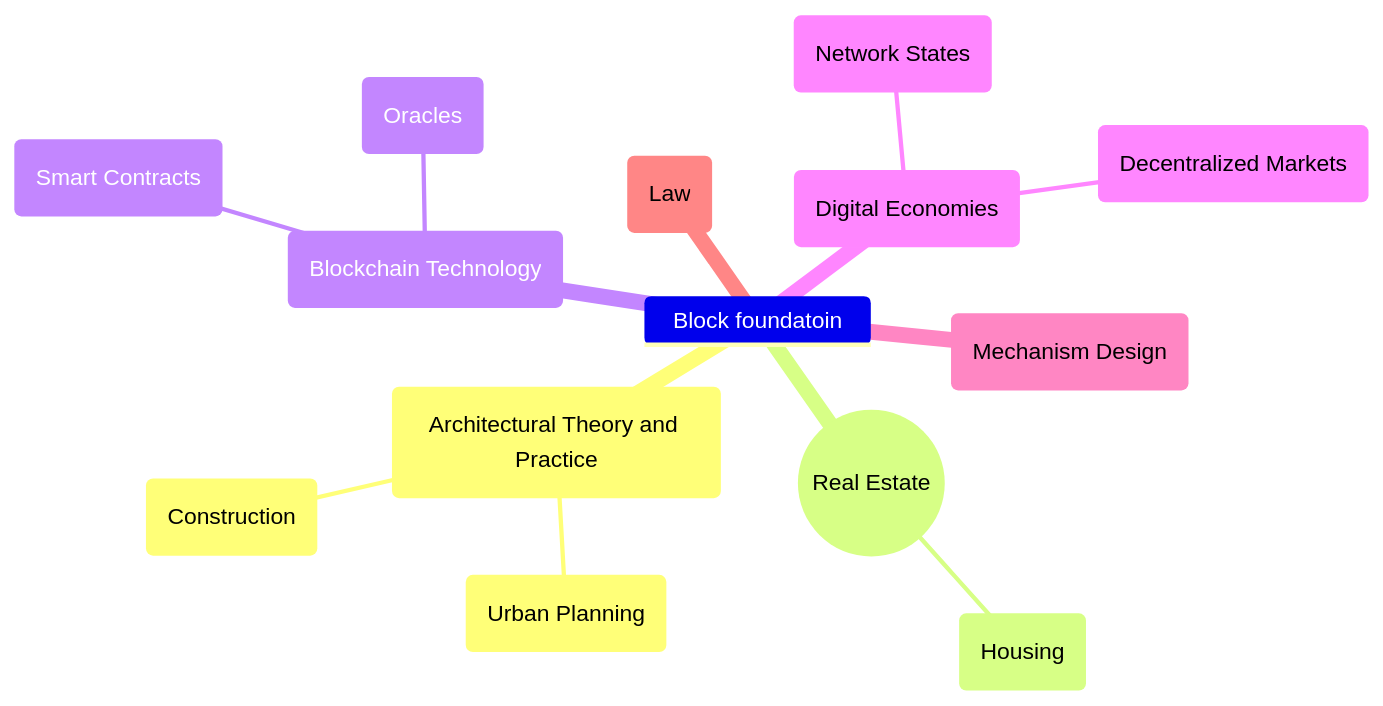
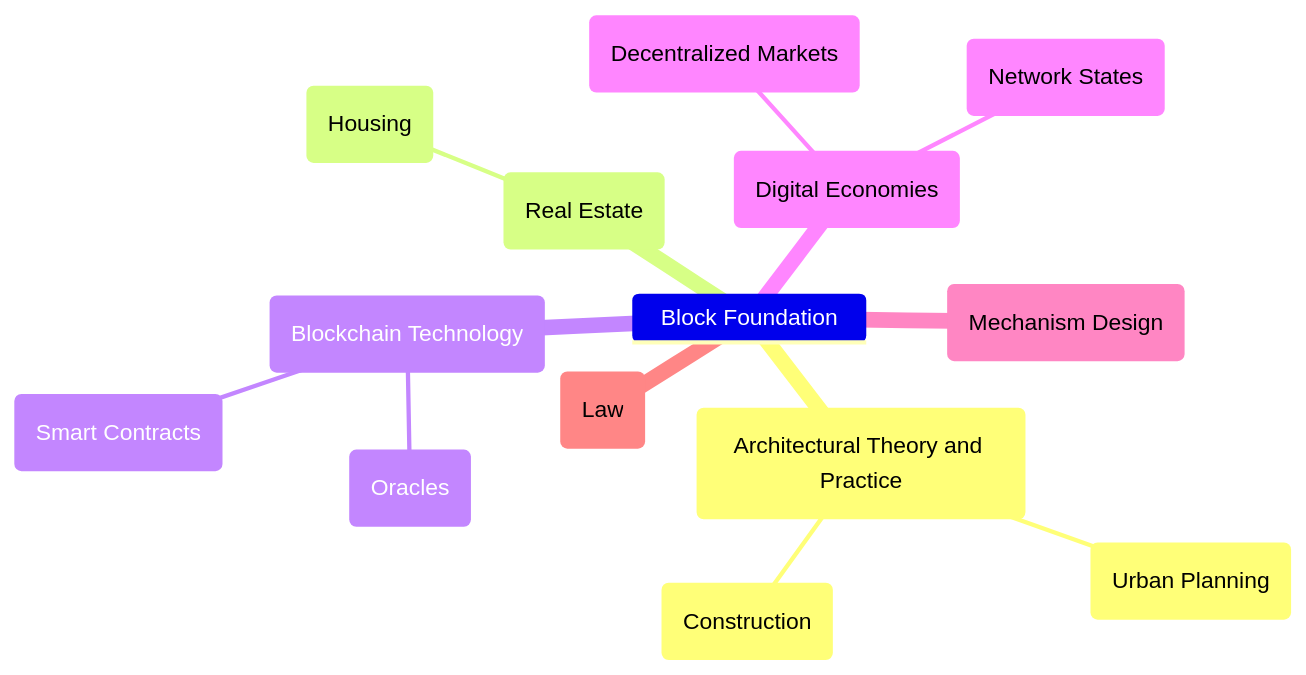
The first of 2 diagrams in README.md (block-foundation/bibliography), drawn with Mermaid before and after one commit. The commit also changed other lines of this file, not shown here.

````diff
--- a/README.md
+++ b/README.md
@@ -66,18 +64,18 @@
 ``` mermaid
 mindmap
-Block foundatoin
+Block Foundation
     id(Architectural Theory and Practice)
       id(Urban Planning)
       id(Construction)
-    id((Real Estate)
+    id(Real Estate)
       id(Housing)
     id(Blockchain Technology)
       id(Smart Contracts)
       id(Oracles)
     id(Digital Economies)
       id(Decentralized Markets)
       id(Network States)
     id(Mechanism Design)
     id(Law)
 
 ```
````
